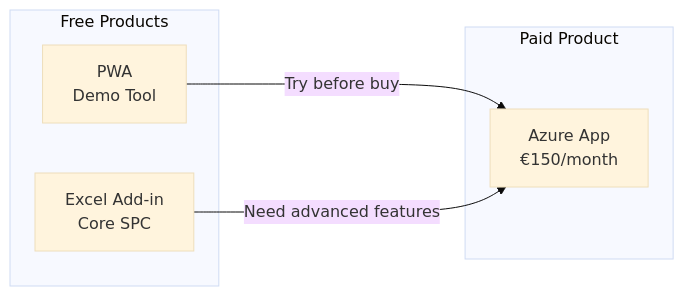
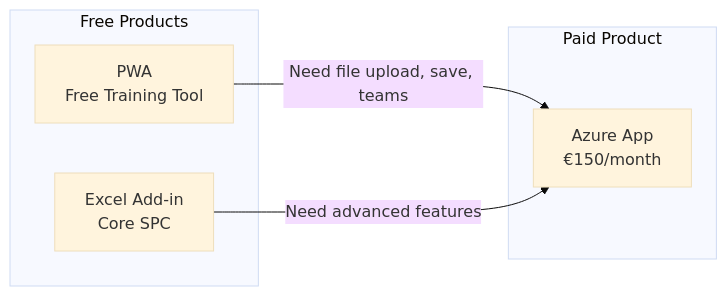
Before and after one commit to jukka-matti/mean-beoynd-lite: the diagram in docs/08-products/index.md, drawn with Mermaid (base theme). The commit also changed other lines of this file and 13 other files, not shown here.

First line of the commit message:
refactor: reposition PWA as free training & education tool

````diff
--- a/docs/08-products/index.md
+++ b/docs/08-products/index.md
@@ -11,14 +11,14 @@
 ```mermaid
 flowchart LR
     subgraph Paid["Paid Product"]
         A[Azure App<br/>€150/month]
     end
 
     subgraph Free["Free Products"]
         B[Excel Add-in<br/>Core SPC]
-        C[PWA<br/>Demo Tool]
+        C[PWA<br/>Free Training Tool]
     end
 
-    C -->|"Try before buy"| A
+    C -->|"Need file upload, save, teams"| A
     B -->|"Need advanced features"| A
 ```
````
